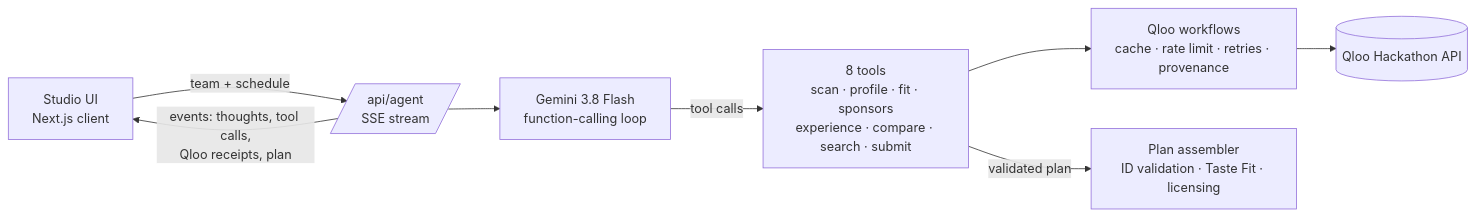
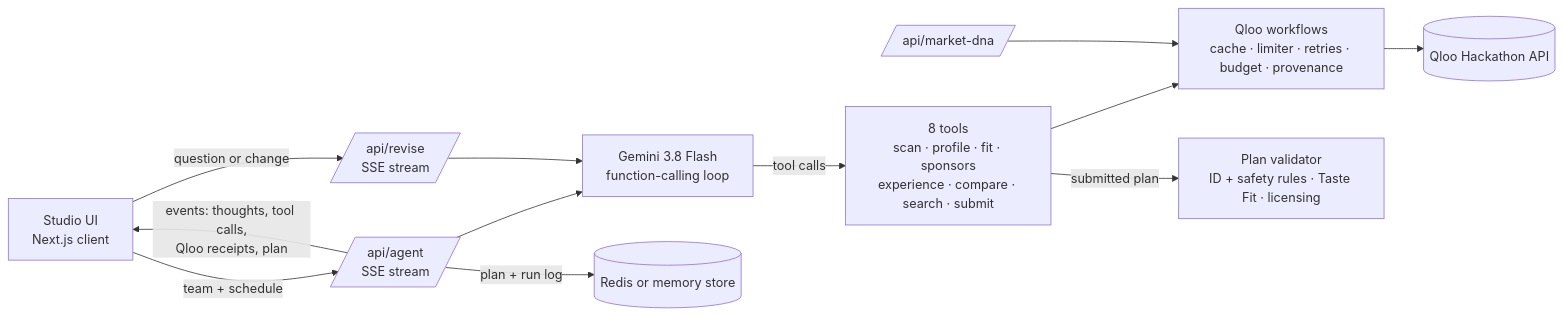
Before and after one commit to ZNLong2203/Theme-Night-GM: the diagram in README.md, drawn with Mermaid. The commit also changed other lines of this file and 8 other files, not shown here.

````diff
--- a/README.md
+++ b/README.md
@@ -61,10 +88,14 @@
 ```mermaid
 flowchart LR
   UI[Studio UI<br/>Next.js client] -- team + schedule --> API[/api/agent<br/>SSE stream/]
+  UI -- question or change --> REV[/api/revise<br/>SSE stream/]
   API --> AG[Gemini 3.8 Flash<br/>function-calling loop]
+  REV --> AG
   AG -- tool calls --> T[8 tools<br/>scan · profile · fit · sponsors<br/>experience · compare · search · submit]
-  T --> W[Qloo workflows<br/>cache · rate limit · retries · provenance]
+  T --> W[Qloo workflows<br/>cache · limiter · retries · budget · provenance]
   W --> Q[(Qloo Hackathon API)]
-  T -- validated plan --> V[Plan assembler<br/>ID validation · Taste Fit · licensing]
+  T -- submitted plan --> V[Plan validator<br/>ID + safety rules · Taste Fit · licensing]
   API -- events: thoughts, tool calls,<br/>Qloo receipts, plan --> UI
+  API -- plan + run log --> S[(Redis or memory store)]
+  DNA[/api/market-dna/] --> W
 ```
````
